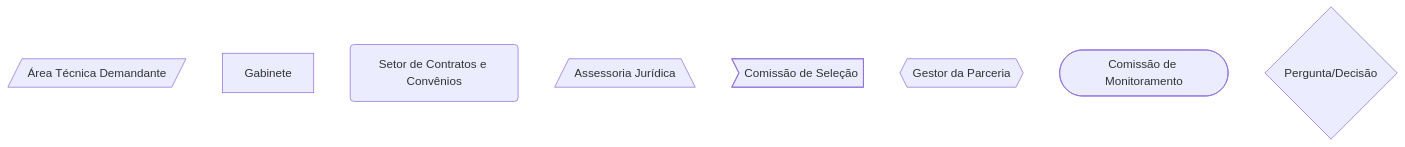
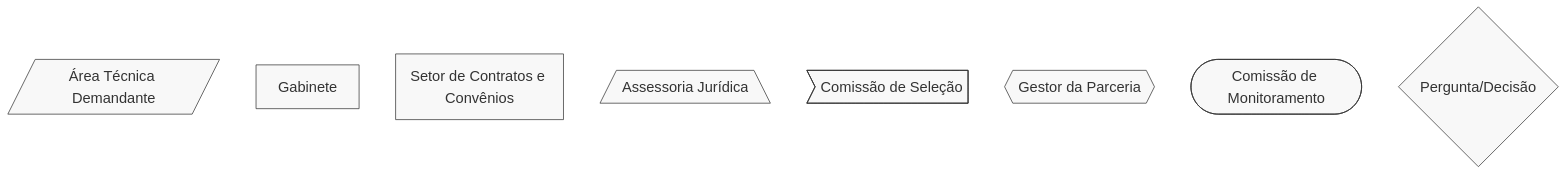
Before and after one commit to iepha-mg/manual.appi: the second of 3 diagrams in docs/parcerias/mrosc/termo-de-colaboracao.md, drawn with Mermaid. The commit also changed other lines of this file and 4 other files, not shown here.

````diff
--- a/docs/parcerias/mrosc/termo-de-colaboracao.md
+++ b/docs/parcerias/mrosc/termo-de-colaboracao.md
@@ -610,12 +585,14 @@
-<div class="mermaid">
+```mermaid
+%%{init: { 'flowchart': { 'htmlLabels': true }, 'maxTextSize': 90000 }}%%
 flowchart TD
     %% Legenda
     A_LEG@{ shape: lean-r, label: "Área Técnica Demandante" }
     B_LEG@{ shape: rect, label: "Gabinete" }
     C_LEG@{ shape: rounded, label: "Setor de Contratos e Convênios" }
     D_LEG@{ shape: trap-b, label: "Assessoria Jurídica" }
     E_LEG@{ shape: odd, label: "Comissão de Seleção" }
     F_LEG@{ shape: hex, label: "Gestor da Parceria" }
     G_LEG@{ shape: stadium, label: "Comissão de Monitoramento" }
     H_LEG@{ shape: diamond, label: "Pergunta/Decisão" }
-</div>
+    classDef default stroke:#333,stroke-width:1px,fill:#f8f8f8,rx:0,ry:6,font-size:20px;
+```
````
